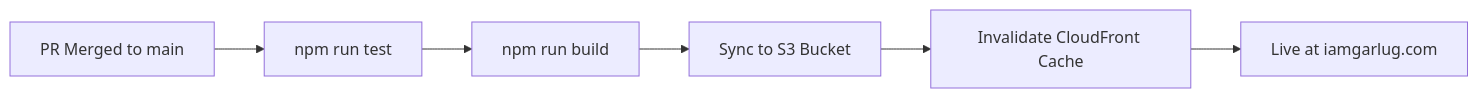
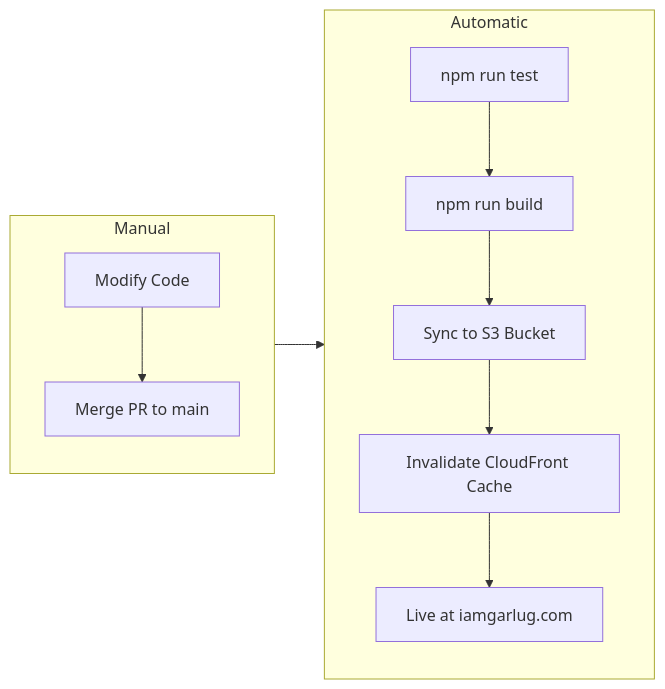
Before and after one commit to iamgarlug/sah.web.angular: the diagram in README.md, drawn with Mermaid. The commit also changed other lines of this file and 7 other files, not shown here.

````diff
--- a/README.md
+++ b/README.md
@@ -27,8 +28,13 @@
 ```mermaid
 flowchart LR
-    PR[PR Merged to main] --> Test[npm run test]
-    Test --> Build[npm run build]
-    Build --> S3[Sync to S3 Bucket]
-    S3 --> CF[Invalidate CloudFront Cache]
-    CF --> Live[Live at iamgarlug.com]
+    subgraph Manual
+        Modify[Modify Code] --> PR[Merge PR to main]
+    end
+    subgraph Automatic
+        Test[npm run test] --> Build[npm run build]
+        Build --> S3[Sync to S3 Bucket]
+        S3 --> CF[Invalidate CloudFront Cache]
+        CF --> Live[Live at iamgarlug.com]
+    end
+    Manual --> Automatic
 ```
````
